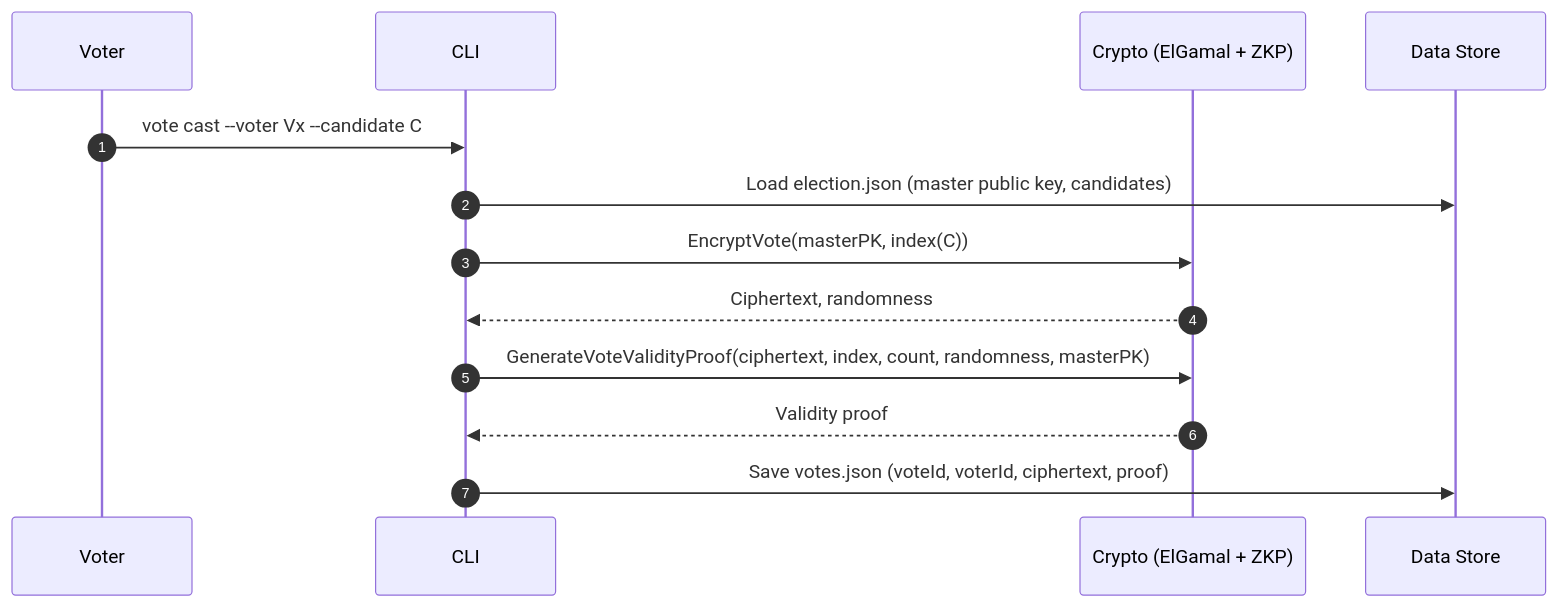
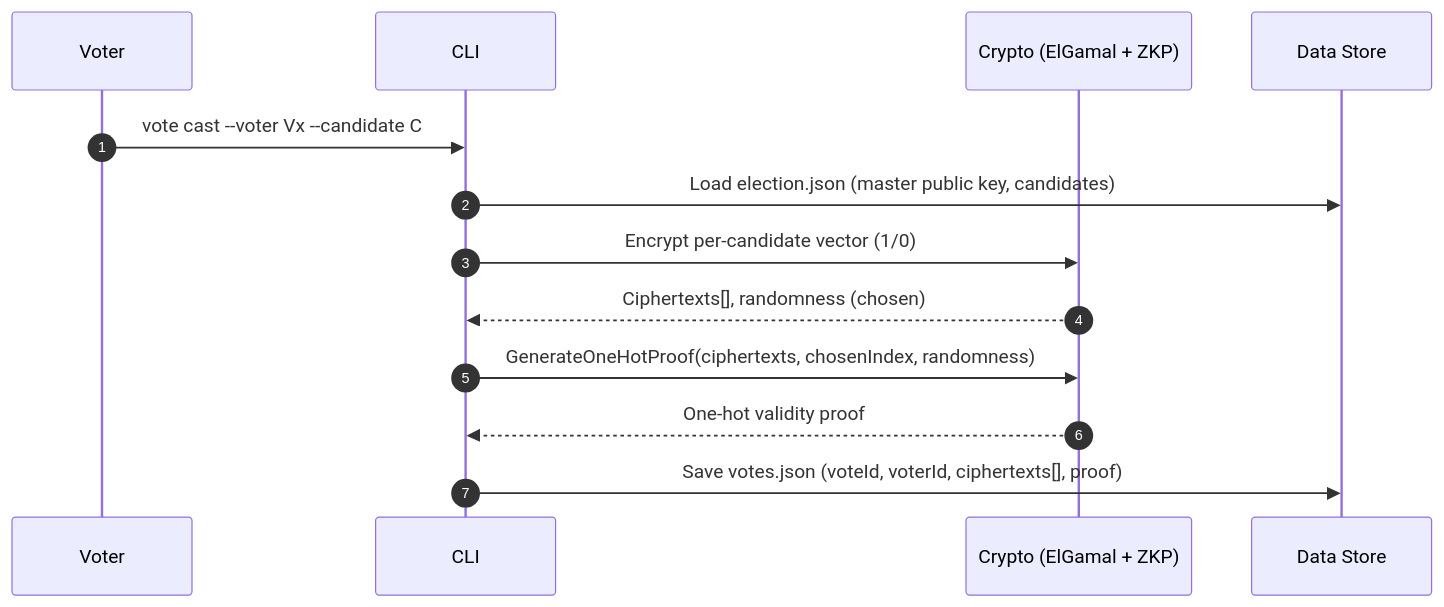
One commit to noelaugustin/e-voting changed the second of 3 diagrams in README.md. Above: the diagram before and after it, drawn with Mermaid. The commit also changed other lines of this file and 7 other files, not shown here.

Commit message:
feat: Implement homomorphic vote tallying using one-hot vector encryption and verifiable partial decryptions.

````diff
--- a/README.md
+++ b/README.md
@@ -87,15 +87,15 @@
 ```mermaid
 sequenceDiagram
     autonumber
     participant Voter
     participant CLI
     participant Crypto as Crypto (ElGamal + ZKP)
     participant Store as Data Store
     Voter->>CLI: vote cast --voter Vx --candidate C
     CLI->>Store: Load election.json (master public key, candidates)
-    CLI->>Crypto: EncryptVote(masterPK, index(C))
-    Crypto-->>CLI: Ciphertext, randomness
-    CLI->>Crypto: GenerateVoteValidityProof(ciphertext, index, count, randomness, masterPK)
-    Crypto-->>CLI: Validity proof
-    CLI->>Store: Save votes.json (voteId, voterId, ciphertext, proof)
+    CLI->>Crypto: Encrypt per-candidate vector (1/0)
+    Crypto-->>CLI: Ciphertexts[], randomness (chosen)
+    CLI->>Crypto: GenerateOneHotProof(ciphertexts, chosenIndex, randomness)
+    Crypto-->>CLI: One-hot validity proof
+    CLI->>Store: Save votes.json (voteId, voterId, ciphertexts[], proof)
 ```
````
